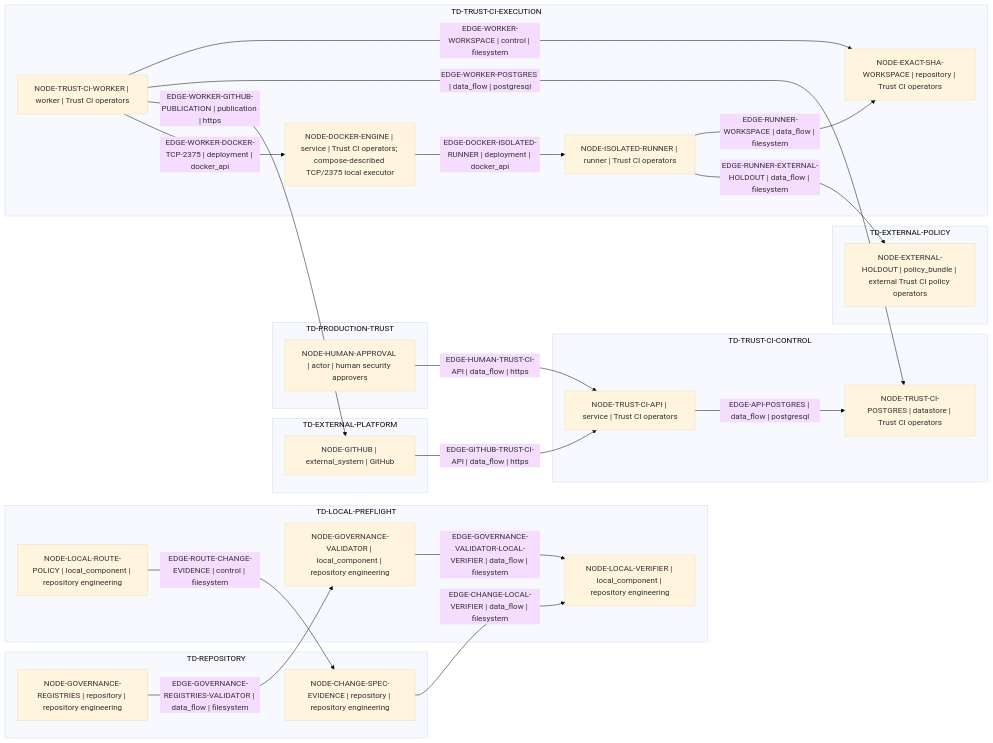
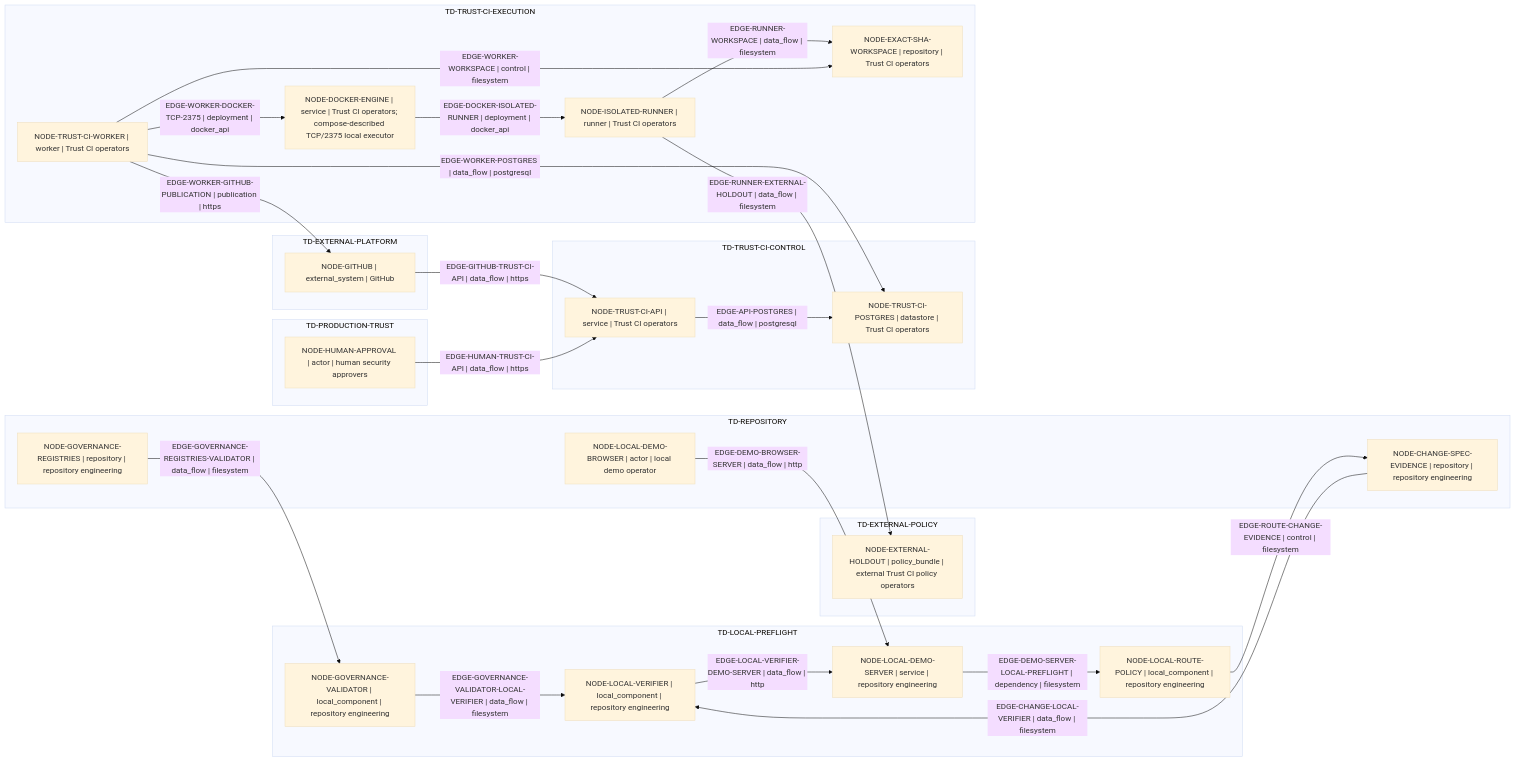
The diagram in architecture/generated/trust-boundary.mmd (Dimkox/adaptive-grok-build-pro), drawn with Mermaid (base theme) before and after one commit. The commit also changed 26 other files, not shown here.

Commit message:
docs: approve investor demo architecture baseline

```diff
--- a/architecture/generated/trust-boundary.mmd
+++ b/architecture/generated/trust-boundary.mmd
@@ -1,43 +1,48 @@
 flowchart LR
   subgraph domain_96fb748595c57dce["TD-EXTERNAL-PLATFORM"]
     node_8b8a8cd21b180532["NODE-GITHUB | external_system | GitHub"]
   end
   subgraph domain_ece8d94ff661d9fb["TD-EXTERNAL-POLICY"]
     node_0a0fe2f046a648e9["NODE-EXTERNAL-HOLDOUT | policy_bundle | external Trust CI policy operators"]
   end
   subgraph domain_fa5ae843eb45e375["TD-LOCAL-PREFLIGHT"]
     node_23677f8757246623["NODE-GOVERNANCE-VALIDATOR | local_component | repository engineering"]
+    node_b4aa1bbe20eff47c["NODE-LOCAL-DEMO-SERVER | service | repository engineering"]
     node_770cf3a1783e8525["NODE-LOCAL-ROUTE-POLICY | local_component | repository engineering"]
     node_23bed8fcbfc79861["NODE-LOCAL-VERIFIER | local_component | repository engineering"]
   end
   subgraph domain_93c532f149d3e2d5["TD-PRODUCTION-TRUST"]
     node_e4e37173e410ad23["NODE-HUMAN-APPROVAL | actor | human security approvers"]
   end
   subgraph domain_734c10023f9857a2["TD-REPOSITORY"]
     node_8938bd3db1932751["NODE-CHANGE-SPEC-EVIDENCE | repository | repository engineering"]
     node_dfd1104494c6ab8f["NODE-GOVERNANCE-REGISTRIES | repository | repository engineering"]
+    node_51536184f2d69477["NODE-LOCAL-DEMO-BROWSER | actor | local demo operator"]
   end
   subgraph domain_7f80d82d053144ab["TD-TRUST-CI-CONTROL"]
     node_d0e570b2fbe52f98["NODE-TRUST-CI-API | service | Trust CI operators"]
     node_1a6c7efb2d08591b["NODE-TRUST-CI-POSTGRES | datastore | Trust CI operators"]
   end
   subgraph domain_65e7aeb3bb37c460["TD-TRUST-CI-EXECUTION"]
     node_4e78270f61d78ed8["NODE-DOCKER-ENGINE | service | Trust CI operators; compose-described TCP/2375 local executor"]
     node_2e8a7072de3f3743["NODE-EXACT-SHA-WORKSPACE | repository | Trust CI operators"]
     node_1c3a10ba26a8e80d["NODE-ISOLATED-RUNNER | runner | Trust CI operators"]
     node_070dda93443dcc1f["NODE-TRUST-CI-WORKER | worker | Trust CI operators"]
   end
   node_d0e570b2fbe52f98 -->|"EDGE-API-POSTGRES | data_flow | postgresql"| node_1a6c7efb2d08591b
   node_8938bd3db1932751 -->|"EDGE-CHANGE-LOCAL-VERIFIER | data_flow | filesystem"| node_23bed8fcbfc79861
+  node_51536184f2d69477 -->|"EDGE-DEMO-BROWSER-SERVER | data_flow | http"| node_b4aa1bbe20eff47c
+  node_b4aa1bbe20eff47c -->|"EDGE-DEMO-SERVER-LOCAL-PREFLIGHT | dependency | filesystem"| node_770cf3a1783e8525
   node_4e78270f61d78ed8 -->|"EDGE-DOCKER-ISOLATED-RUNNER | deployment | docker_api"| node_1c3a10ba26a8e80d
   node_8b8a8cd21b180532 -->|"EDGE-GITHUB-TRUST-CI-API | data_flow | https"| node_d0e570b2fbe52f98
   node_dfd1104494c6ab8f -->|"EDGE-GOVERNANCE-REGISTRIES-VALIDATOR | data_flow | filesystem"| node_23677f8757246623
   node_23677f8757246623 -->|"EDGE-GOVERNANCE-VALIDATOR-LOCAL-VERIFIER | data_flow | filesystem"| node_23bed8fcbfc79861
   node_e4e37173e410ad23 -->|"EDGE-HUMAN-TRUST-CI-API | data_flow | https"| node_d0e570b2fbe52f98
+  node_23bed8fcbfc79861 -->|"EDGE-LOCAL-VERIFIER-DEMO-SERVER | data_flow | http"| node_b4aa1bbe20eff47c
   node_770cf3a1783e8525 -->|"EDGE-ROUTE-CHANGE-EVIDENCE | control | filesystem"| node_8938bd3db1932751
   node_1c3a10ba26a8e80d -->|"EDGE-RUNNER-EXTERNAL-HOLDOUT | data_flow | filesystem"| node_0a0fe2f046a648e9
   node_1c3a10ba26a8e80d -->|"EDGE-RUNNER-WORKSPACE | data_flow | filesystem"| node_2e8a7072de3f3743
   node_070dda93443dcc1f -->|"EDGE-WORKER-DOCKER-TCP-2375 | deployment | docker_api"| node_4e78270f61d78ed8
   node_070dda93443dcc1f -->|"EDGE-WORKER-GITHUB-PUBLICATION | publication | https"| node_8b8a8cd21b180532
   node_070dda93443dcc1f -->|"EDGE-WORKER-POSTGRES | data_flow | postgresql"| node_1a6c7efb2d08591b
   node_070dda93443dcc1f -->|"EDGE-WORKER-WORKSPACE | control | filesystem"| node_2e8a7072de3f3743
```
